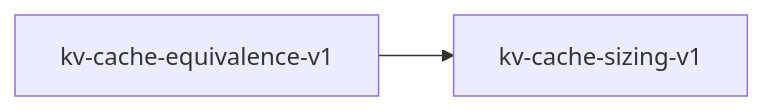
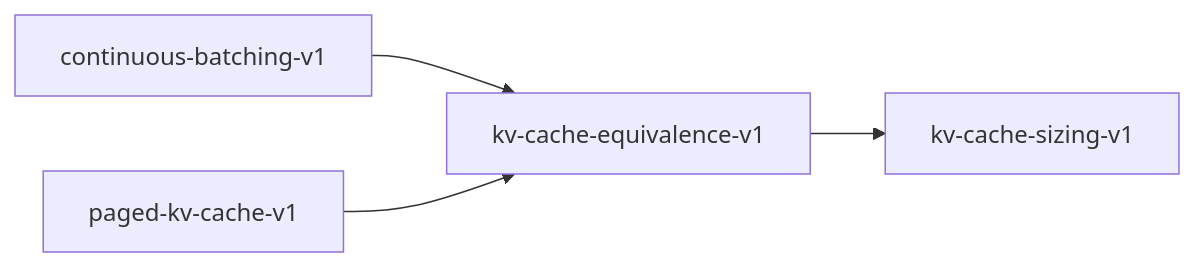
Before and after one commit to paiml/provable-contracts: the diagram in book/src/contracts/kv-cache-equivalence-v1.md, drawn with Mermaid. The commit also changed other lines of this file and 121 other files, not shown here.

````diff
--- a/book/src/contracts/kv-cache-equivalence-v1.md
+++ b/book/src/contracts/kv-cache-equivalence-v1.md
@@ -18,4 +18,6 @@
 ```mermaid
 graph LR
     kv_cache_equivalence_v1["kv-cache-equivalence-v1"] --> kv_cache_sizing_v1["kv-cache-sizing-v1"]
+    continuous_batching_v1["continuous-batching-v1"] --> kv_cache_equivalence_v1["kv-cache-equivalence-v1"]
+    paged_kv_cache_v1["paged-kv-cache-v1"] --> kv_cache_equivalence_v1["kv-cache-equivalence-v1"]
 ```
````
